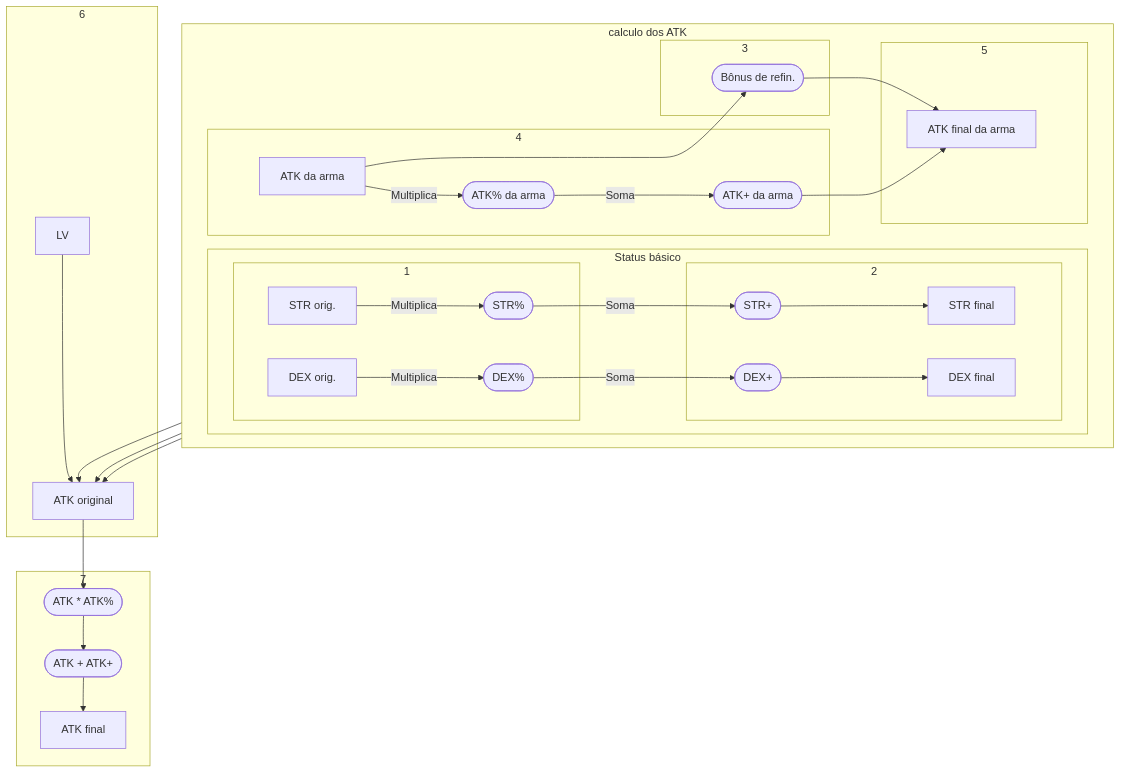
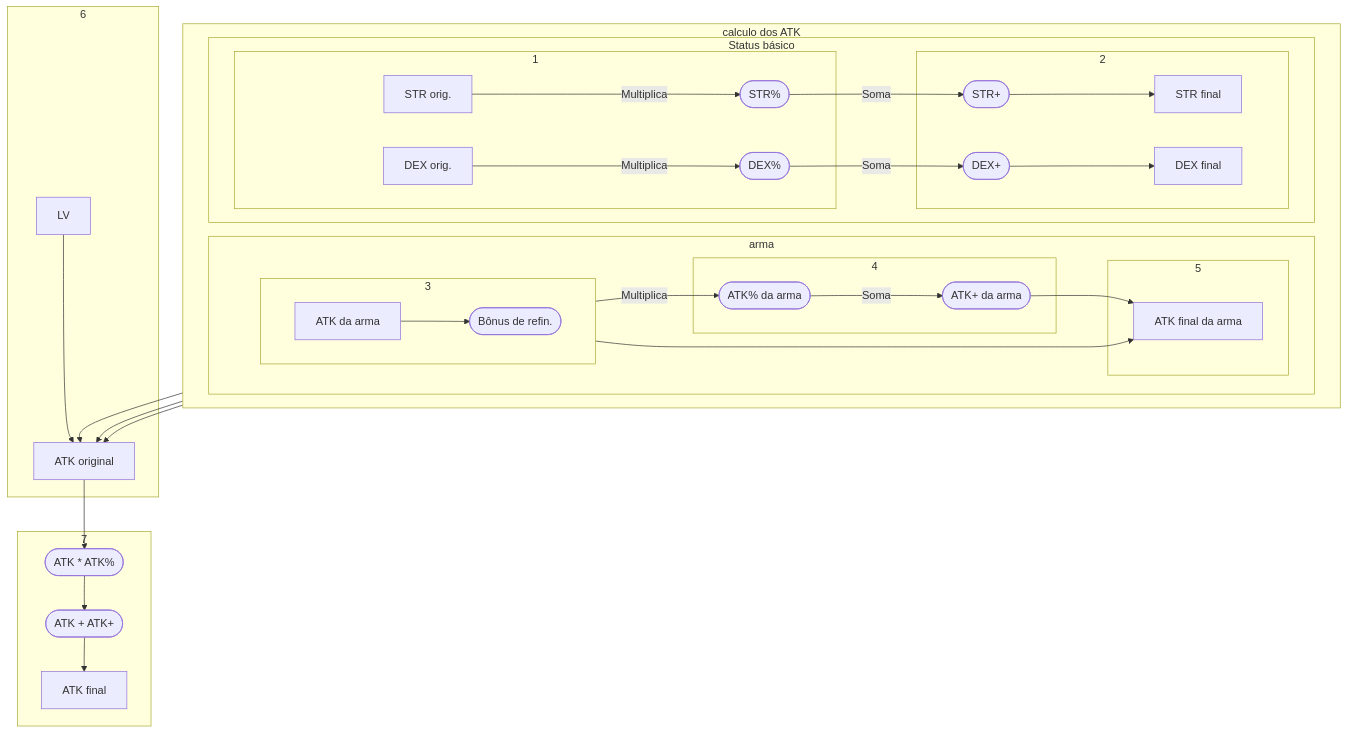
One commit to MateusRyu/Shikigami changed the diagram in 2024-07-09-Toram_Status.md. Above: the diagram before and after it, drawn with Mermaid.

Commit message:
vault backup: 2024-07-09 02:32:20
Affected files:
2024-07-09-Toram_Status.md

````diff
--- a/2024-07-09-Toram_Status.md
+++ b/2024-07-09-Toram_Status.md
@@ -66,41 +66,39 @@
 ```mermaid
 flowchart TD
 subgraph calculo dos ATK
 	direction LR
 	subgraph Status básico
 		subgraph 1
 		a[STR orig.] --> |Multiplica|a1([STR%]) 
 		b[DEX orig.] --> |Multiplica|b1([DEX%])
 		end
 		
 		subgraph 2
 		a1 --> |Soma|a2([STR+]) --> a3[STR final]
 		b1 --> |Soma|b2([DEX+]) --> b3[DEX final]
 		end
 	end
+	subgraph arma
+		subgraph 3
+			direction LR
+			c[ATK da arma] --> c0([Bônus de refin.]) 
+		end
 	
-	c[ATK da arma]
+		subgraph 4
+			c --> |Multiplica|c1([ATK% da arma]) --> |Soma|c2([ATK+ da arma])
+		end
 	
-	subgraph 4
-	c --> |Multiplica|c1([ATK% da arma]) --> |Soma|c2([ATK+ da arma])
-	end
-	
-	subgraph 3
-	c --> c0([Bônus de refin.]) 
-	end
-	
-	
-	
-	subgraph 5
-	c0 & c2 --> c3[ATK final da arma]
+		subgraph 5
+			c0 & c2 --> c3[ATK final da arma]
+		end
 	end
 end
 
 subgraph 6
 a3 & b3 & c3 & d[LV]  --> e[ATK original]
 end
 
 subgraph 7
 e --> e1([ATK * ATK%]) --> e2([ATK + ATK+]) --> e3[ATK final]
 end
 ```
````
